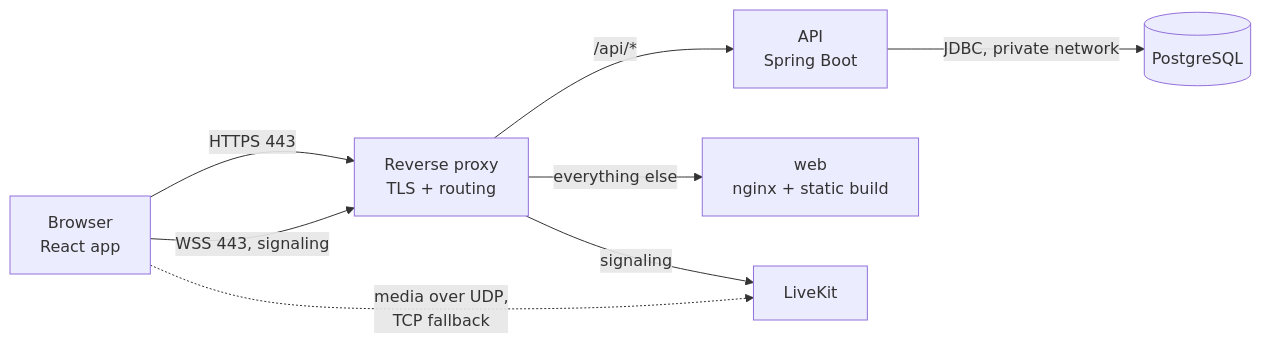
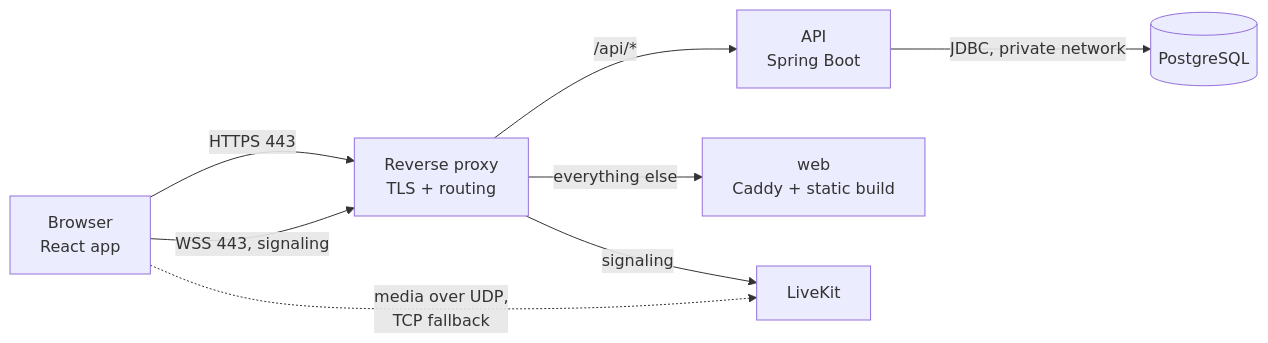
Before and after one commit to Hbrauveres/xove: the first of 3 diagrams in docs/architecture.md, drawn with Mermaid. The commit also changed other lines of this file and 9 other files, not shown here.

First line of the commit message:
ci(web): serve the web build with Caddy built from source

````diff
--- a/docs/architecture.md
+++ b/docs/architecture.md
@@ -5,10 +5,10 @@
 ```mermaid
 flowchart LR
   B[Browser<br/>React app] -->|HTTPS 443| P[Reverse proxy<br/>TLS + routing]
   P -->|/api/*| A[API<br/>Spring Boot]
-  P -->|everything else| W[web<br/>nginx + static build]
+  P -->|everything else| W[web<br/>Caddy + static build]
   A -->|JDBC, private network| D[(PostgreSQL)]
   B -->|WSS 443, signaling| P
   P -->|signaling| L[LiveKit]
   B -.->|media over UDP,<br/>TCP fallback| L
 ```
````
